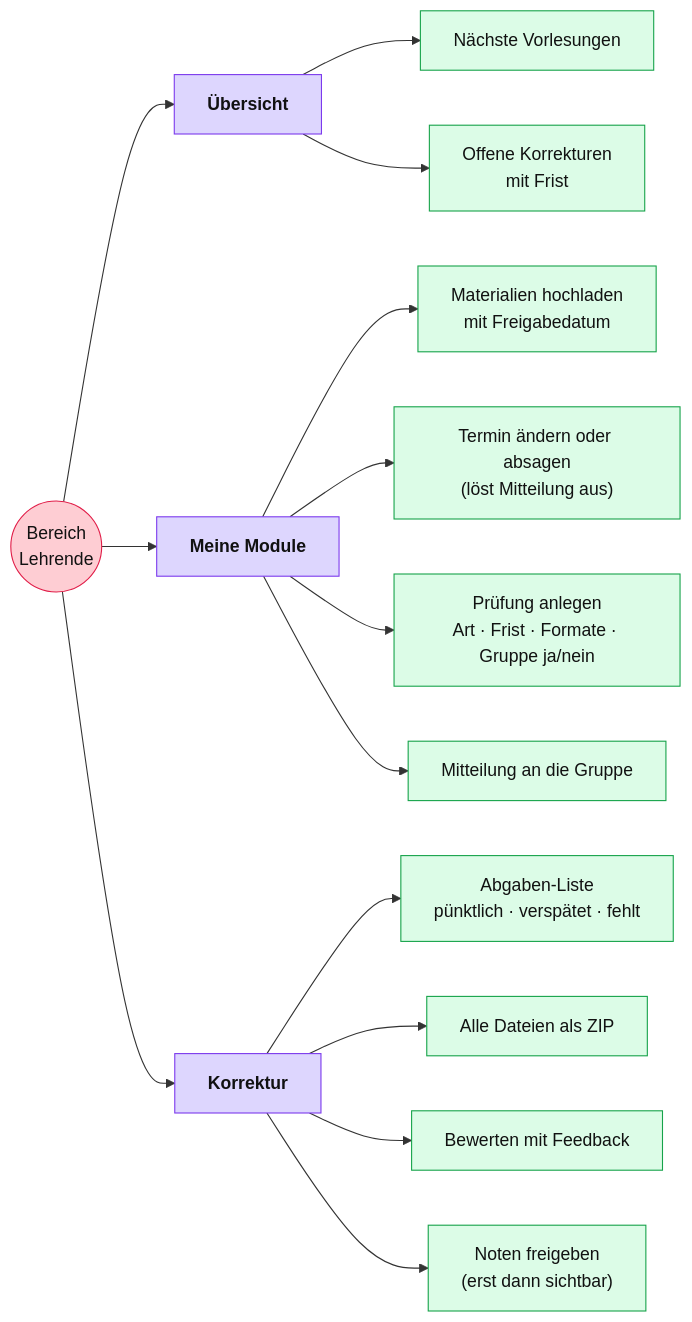
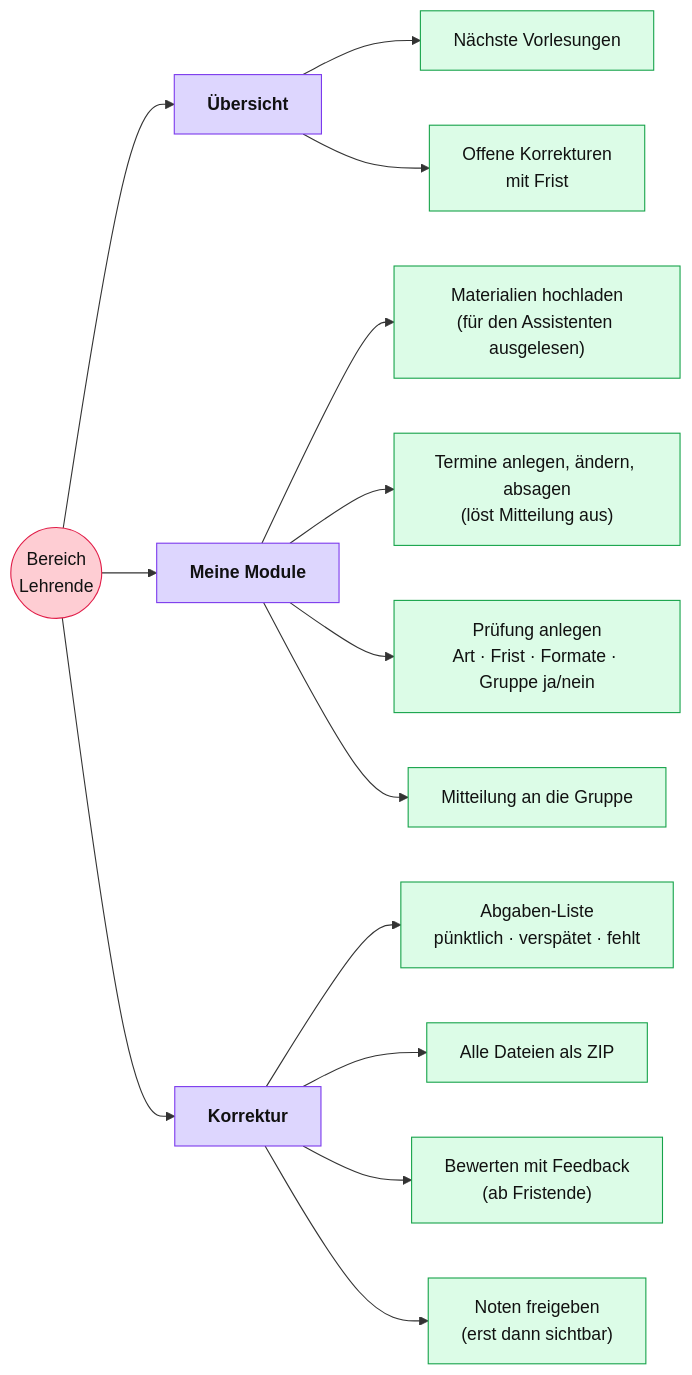
One commit to thimostender/Online-Campus changed the diagram in sitemap-lehrende.mmd. Above: the diagram before and after it, drawn with Mermaid. The commit also changed 24 other files, not shown here.

Commit message:
Module nach Modulstruktur BWL (B.A.), Studienverlauf mit Wahlfach, Hilfe-Assistent mit Textauslese der Lehrmaterialien, echte Dateien und ZIP, Termine anlegen mit Raumkonflikt-Pruefung, Bewerten ab Fristende

```diff
--- a/sitemap-lehrende.mmd
+++ b/sitemap-lehrende.mmd
@@ -1,23 +1,23 @@
 flowchart LR
   L(("Bereich<br/>Lehrende"))
   L --> L1["Übersicht"]
   L1 --> L1a["Nächste Vorlesungen"]
   L1 --> L1b["Offene Korrekturen<br/>mit Frist"]
   L --> L2["Meine Module"]
-  L2 --> L2a["Materialien hochladen<br/>mit Freigabedatum"]
-  L2 --> L2b["Termin ändern oder absagen<br/>(löst Mitteilung aus)"]
+  L2 --> L2a["Materialien hochladen<br/>(für den Assistenten ausgelesen)"]
+  L2 --> L2b["Termine anlegen, ändern, absagen<br/>(löst Mitteilung aus)"]
   L2 --> L2c["Prüfung anlegen<br/>Art · Frist · Formate · Gruppe ja/nein"]
   L2 --> L2d["Mitteilung an die Gruppe"]
   L --> L3["Korrektur"]
   L3 --> L3a["Abgaben-Liste<br/>pünktlich · verspätet · fehlt"]
   L3 --> L3b["Alle Dateien als ZIP"]
-  L3 --> L3c["Bewerten mit Feedback"]
+  L3 --> L3c["Bewerten mit Feedback<br/>(ab Fristende)"]
   L3 --> L3d["Noten freigeben<br/>(erst dann sichtbar)"]
 
 
   classDef root fill:#fecdd3,stroke:#e11d48,color:#111
   classDef main fill:#ddd6fe,stroke:#7c3aed,color:#111,font-weight:bold
   classDef fn fill:#dcfce7,stroke:#16a34a,color:#111
   class L root
   class L1,L2,L3 main
   class L1a,L1b,L2a,L2b,L2c,L2d,L3a,L3b,L3c,L3d fn
```
